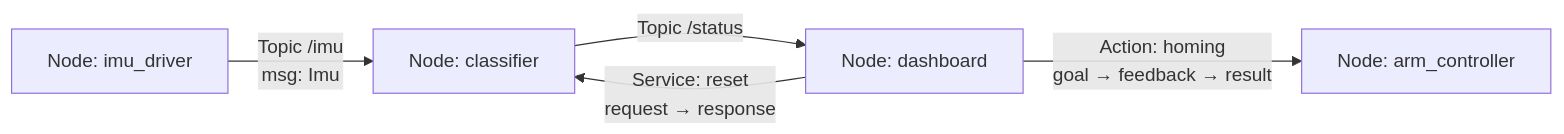
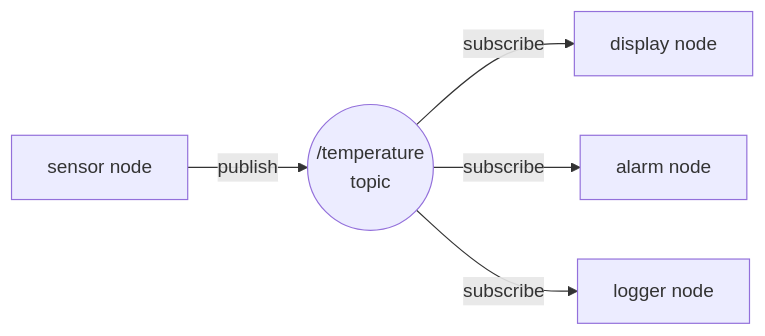
One commit to Taopoon/kmutt-nd69-learning-notes changed the first of 7 diagrams in nd3/02-ros-concepts-digital-twin.md. Above: the diagram before and after it, drawn with Mermaid. The commit also changed other lines of this file, not shown here.

````diff
--- a/nd3/02-ros-concepts-digital-twin.md
+++ b/nd3/02-ros-concepts-digital-twin.md
@@ -23,7 +58,7 @@
 ```mermaid
 flowchart LR
-    IMU[Node: imu_driver] -->|Topic /imu<br/>msg: Imu| AI[Node: classifier]
-    AI -->|Topic /status| UI[Node: dashboard]
-    UI -->|Service: reset<br/>request → response| AI
-    UI -->|Action: homing<br/>goal → feedback → result| ARM[Node: arm_controller]
+    S[sensor node] -->|publish| T(("/temperature<br/>topic"))
+    T -->|subscribe| D[display node]
+    T -->|subscribe| A[alarm node]
+    T -->|subscribe| L[logger node]
 ```
````
